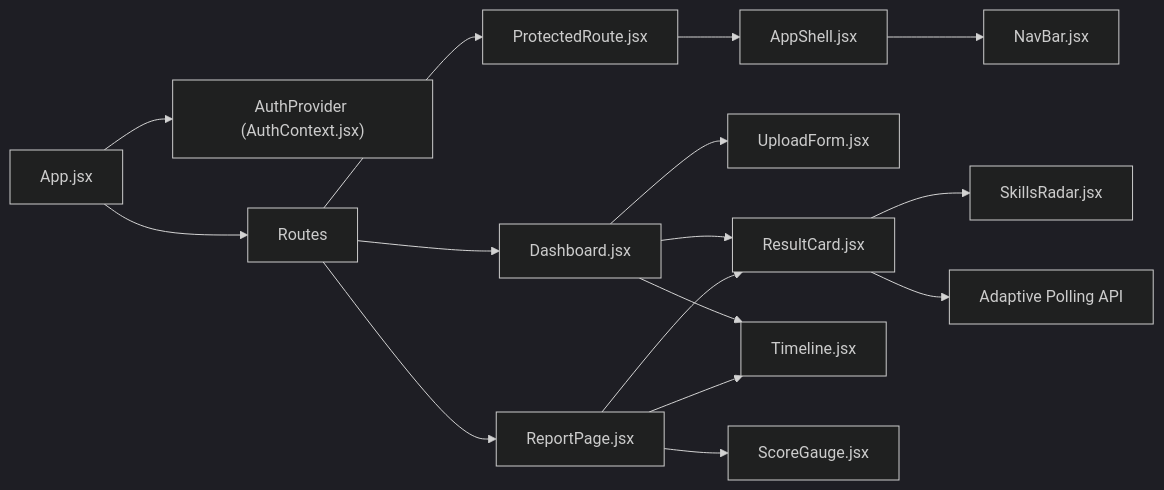
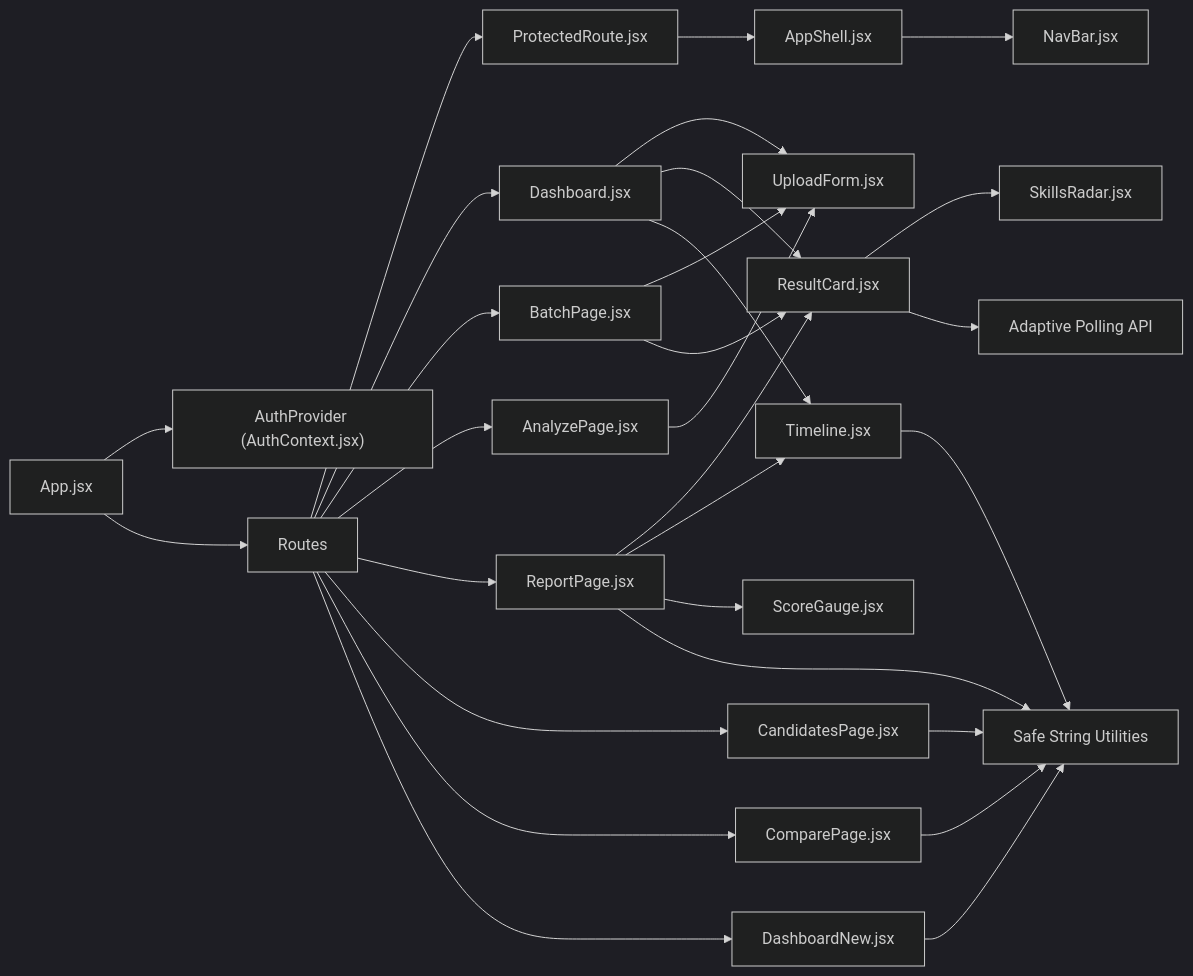
One commit to Revanththetalogics/aireume changed the sixth of 6 diagrams in .qoder/repowiki/en/content/Frontend Architecture/Component Library.md. Above: the diagram before and after it, drawn with Mermaid (dark theme). The commit also changed other lines of this file and 61 other files, not shown here.

````diff
--- a/.qoder/repowiki/en/content/Frontend Architecture/Component Library.md
+++ b/.qoder/repowiki/en/content/Frontend Architecture/Component Library.md
@@ -366,18 +672,31 @@
 ```mermaid
 graph LR
 App["App.jsx"] --> Auth["AuthProvider (AuthContext.jsx)"]
 App --> Routes["Routes"]
 Routes --> Protected["ProtectedRoute.jsx"]
 Protected --> Shell["AppShell.jsx"]
 Shell --> Nav["NavBar.jsx"]
 Routes --> Dash["Dashboard.jsx"]
+Routes --> Batch["BatchPage.jsx"]
+Routes --> Analyze["AnalyzePage.jsx"]
 Routes --> Report["ReportPage.jsx"]
+Routes --> Candidates["CandidatesPage.jsx"]
+Routes --> Compare["ComparePage.jsx"]
+Routes --> DashboardNew["DashboardNew.jsx"]
 Dash --> Upload["UploadForm.jsx"]
+Batch --> Upload
+Analyze --> Upload
 Dash --> Result["ResultCard.jsx"]
+Batch --> Result
 Report --> Result
 Result --> Radar["SkillsRadar.jsx"]
 Dash --> Time["Timeline.jsx"]
 Report --> Time
 Report --> Gauge["ScoreGauge.jsx"]
 Result --> Polling["Adaptive Polling API"]
+Time --> SafeStr["Safe String Utilities"]
+Report --> SafeStr
+Candidates --> SafeStr
+Compare --> SafeStr
+DashboardNew --> SafeStr
 ```
````
